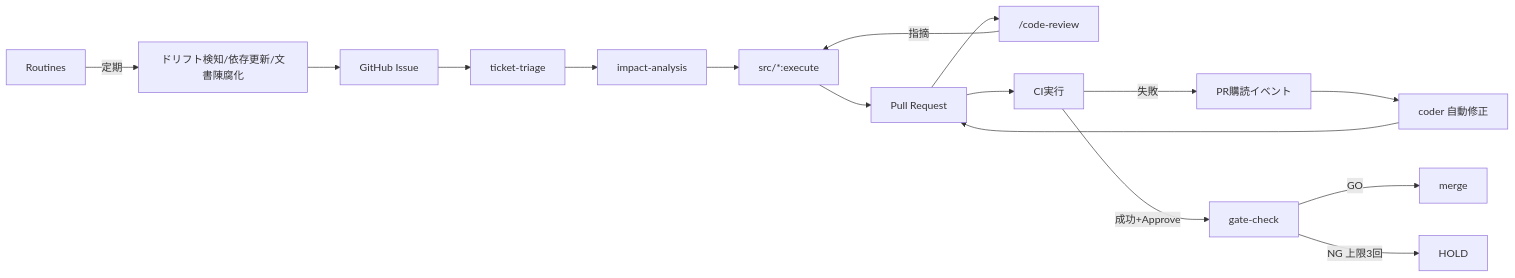
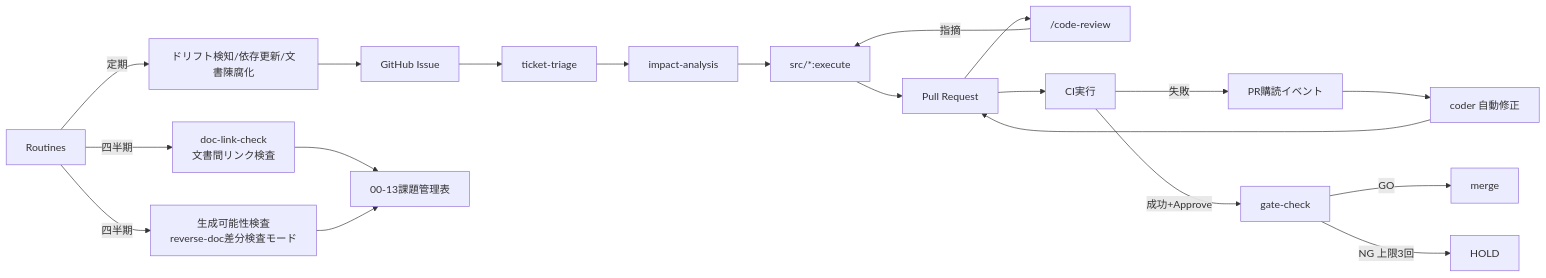
One commit to k-tanaka-522/aidev changed the fifth of 5 diagrams in docs/v2/02_実行基盤アーキテクチャ.md. Above: the diagram before and after it, drawn with Mermaid. The commit also changed other lines of this file, not shown here.

````diff
--- a/docs/v2/02_実行基盤アーキテクチャ.md
+++ b/docs/v2/02_実行基盤アーキテクチャ.md
@@ -708,18 +975,22 @@
 ```mermaid
 flowchart LR
     ISSUE[GitHub Issue] --> TRI[ticket-triage]
     TRI --> IMP[impact-analysis]
     IMP --> EXEC["src/*:execute"]
     EXEC --> PR[Pull Request]
     PR --> CR["/code-review"]
     CR -->|指摘| EXEC
     PR --> CI[CI実行]
     CI -->|失敗| SUB[PR購読イベント]
     SUB --> CODE[coder 自動修正]
     CODE --> PR
     CI -->|成功+Approve| GATE[gate-check]
     GATE -->|GO| MERGE[merge]
     GATE -->|NG 上限3回| HOLD[HOLD]
     ROUT[Routines] -->|定期| DRIFT[ドリフト検知/依存更新/文書陳腐化]
+    ROUT -->|四半期| LINKCHK[doc-link-check<br/>文書間リンク検査]
+    ROUT -->|四半期| GENCHK[生成可能性検査<br/>reverse-doc差分検査モード]
     DRIFT --> ISSUE
+    LINKCHK --> ISSUE13["00-13課題管理表"]
+    GENCHK --> ISSUE13
 ```
````
